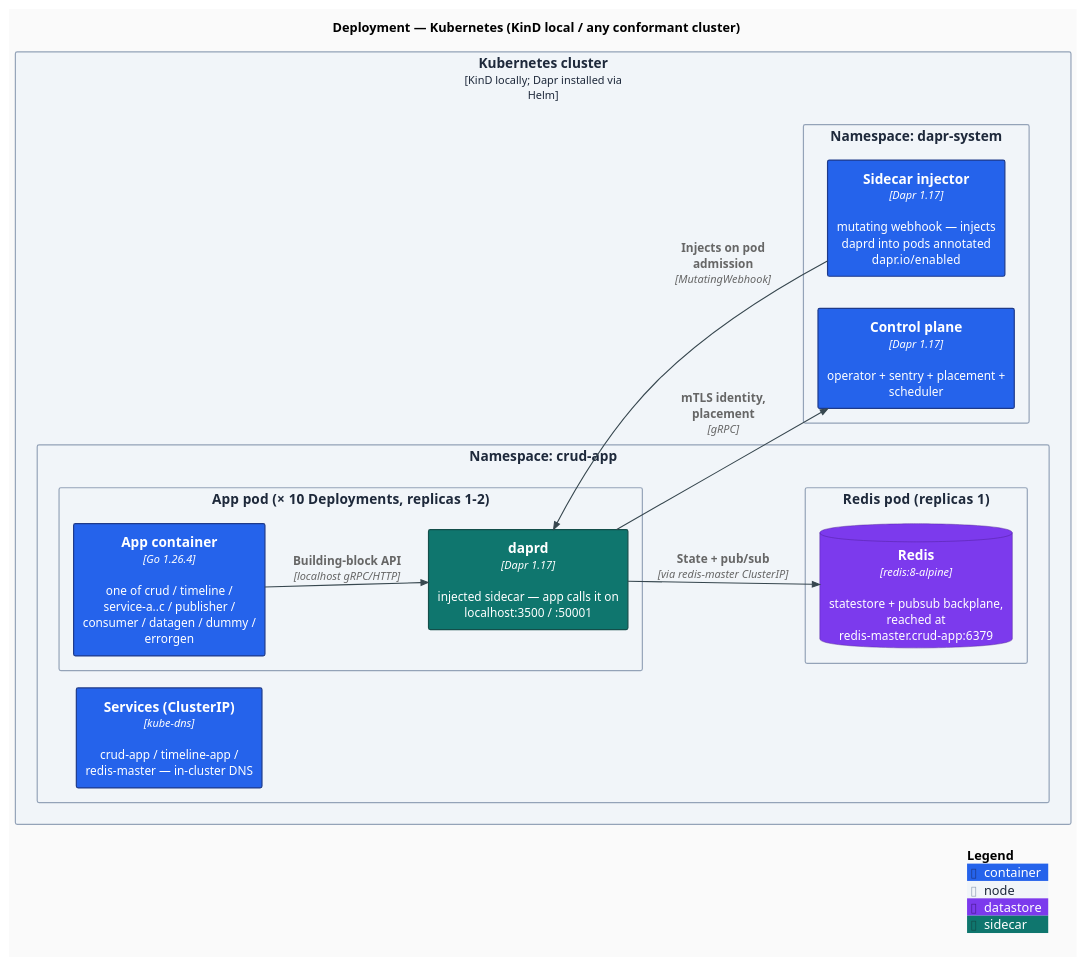
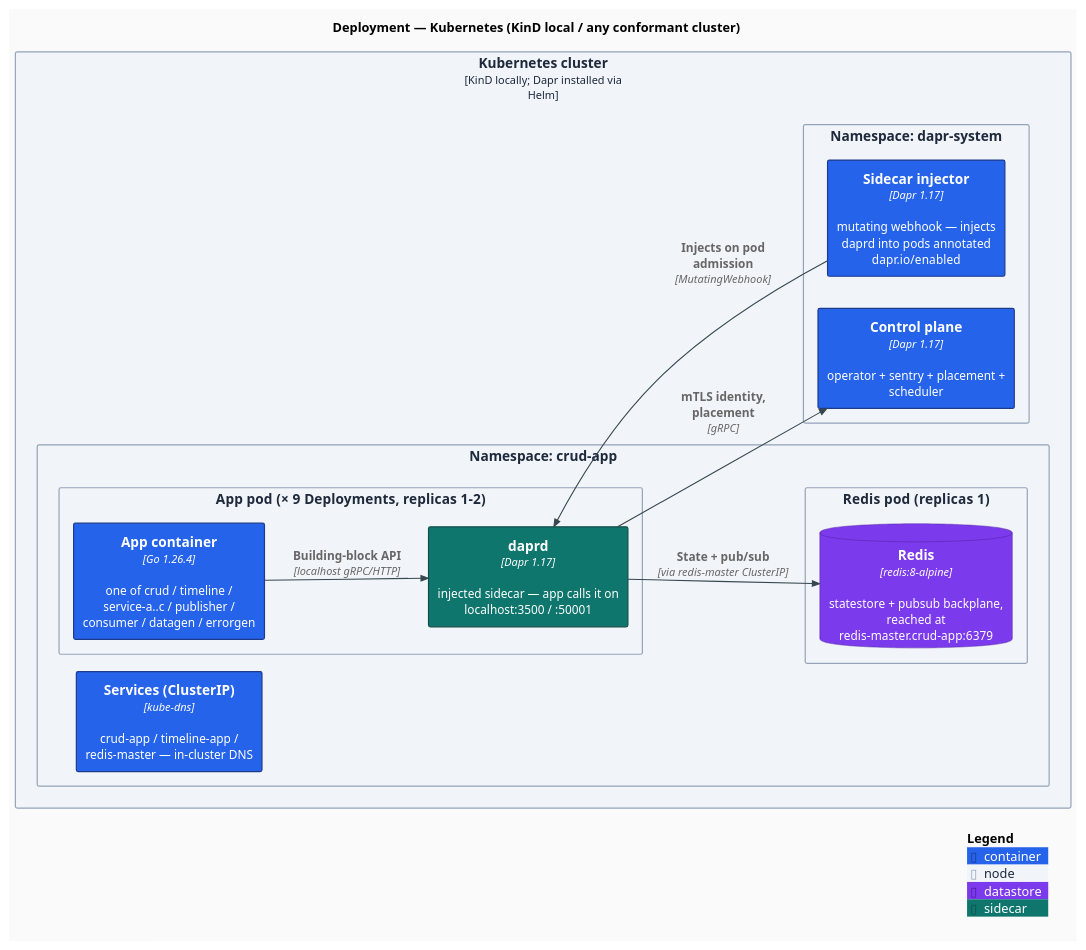
Before and after one commit to AndriyKalashnykov/dapr-go-crud-app: the diagram in docs/diagrams/c4-deployment.puml, drawn with PlantUML. The commit also changed 8 other files, not shown here.

```diff
--- a/docs/diagrams/c4-deployment.puml
+++ b/docs/diagrams/c4-deployment.puml
@@ -1,50 +1,50 @@
 @startuml c4-deployment
 ' Vendored C4-PlantUML (see docs/diagrams/C4-PlantUML/); -DRELATIVE_INCLUDE=. makes
 ' the stdlib's internal includes resolve locally (no network fetch at render time).
 !include C4-PlantUML/C4_Deployment.puml
 
 LAYOUT_LEFT_RIGHT()
 
 ' Modern flat styling: no shadows, sharp corners, clean sans-serif, modern palette.
 skinparam backgroundColor #FAFAFA
 skinparam shadowing false
 skinparam roundCorner 4
 skinparam defaultFontName "Inter, Helvetica, Arial, sans-serif"
 skinparam defaultFontSize 13
 skinparam ArrowColor #37474F
 skinparam ArrowThickness 1.2
 skinparam rectangleBorderThickness 1.3
 
 UpdateElementStyle("container", $fontColor="#FFFFFF", $bgColor="#2563EB", $borderColor="#1E3A8A")
 UpdateElementStyle("node",      $bgColor="#F1F5F9", $borderColor="#94A3B8", $fontColor="#1E293B")
 AddElementTag("datastore", $fontColor="#FFFFFF", $bgColor="#7C3AED", $borderColor="#4C1D95")
 AddElementTag("sidecar",   $fontColor="#FFFFFF", $bgColor="#0F766E", $borderColor="#134E4A")
 
 title Deployment — Kubernetes (KinD local / any conformant cluster)
 
 Deployment_Node(k8s, "Kubernetes cluster", "KinD locally; Dapr installed via Helm") {
 
   Deployment_Node(ns_app, "Namespace: crud-app") {
-    Deployment_Node(pod, "App pod  (× 10 Deployments, replicas 1-2)") {
-      Container(app, "App container", "Go 1.26.4", "one of crud / timeline / service-a..c / publisher / consumer / datagen / dummy / errorgen")
+    Deployment_Node(pod, "App pod  (× 9 Deployments, replicas 1-2)") {
+      Container(app, "App container", "Go 1.26.4", "one of crud / timeline / service-a..c / publisher / consumer / datagen / errorgen")
       Container(sidecar, "daprd", "Dapr 1.17", "injected sidecar — app calls it on localhost:3500 / :50001", $tags="sidecar")
     }
     Deployment_Node(redispod, "Redis pod  (replicas 1)") {
       ContainerDb(redis, "Redis", "redis:8-alpine", "statestore + pubsub backplane, reached at redis-master.crud-app:6379", $tags="datastore")
     }
     Container(svc, "Services (ClusterIP)", "kube-dns", "crud-app / timeline-app / redis-master — in-cluster DNS")
   }
 
   Deployment_Node(ns_dapr, "Namespace: dapr-system") {
     Container(injector, "Sidecar injector", "Dapr 1.17", "mutating webhook — injects daprd into pods annotated dapr.io/enabled")
     Container(cp, "Control plane", "Dapr 1.17", "operator + sentry + placement + scheduler")
   }
 }
 
 Rel(injector, sidecar, "Injects on pod admission", "MutatingWebhook")
 Rel(app, sidecar, "Building-block API", "localhost gRPC/HTTP")
 Rel(sidecar, redis, "State + pub/sub", "via redis-master ClusterIP")
 Rel(sidecar, cp, "mTLS identity, placement", "gRPC")
 
 SHOW_LEGEND()
 @enduml
```
